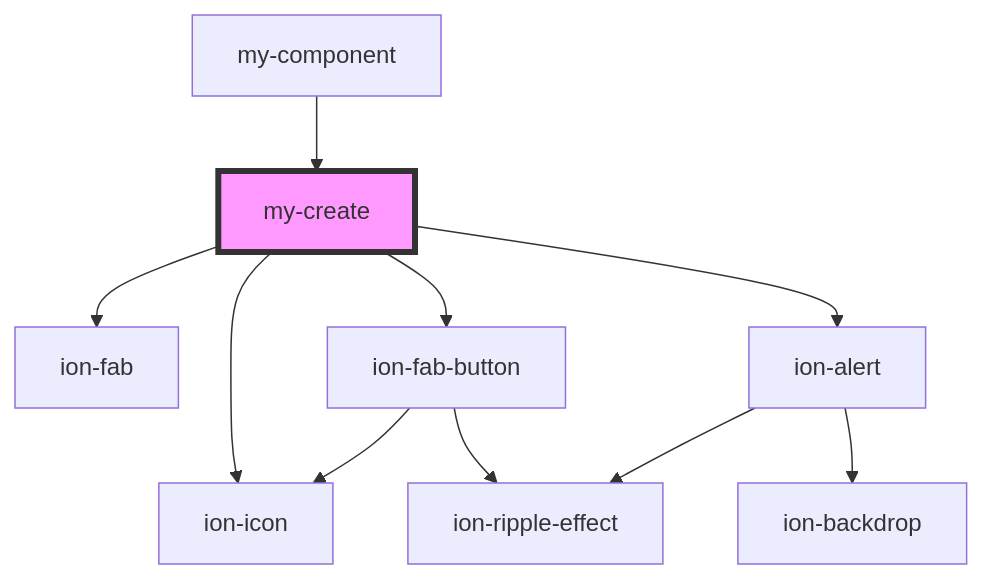
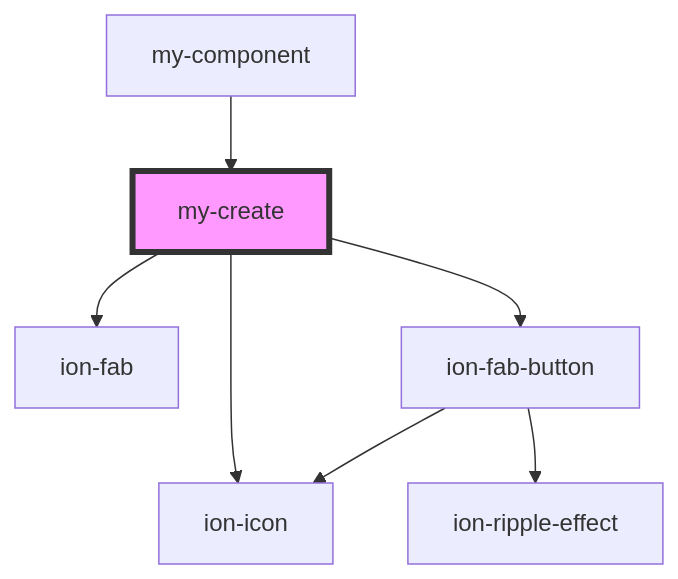
The diagram in module.web/src/components/my-create/readme.md (david-poindexter/DNN.IonicToDo), drawn with Mermaid before and after one commit. The commit also changed other lines of this file and 8 other files, not shown here.

````diff
--- a/module.web/src/components/my-create/readme.md
+++ b/module.web/src/components/my-create/readme.md
@@ -22,13 +21,10 @@
 ```mermaid
 graph TD;
   my-create --> ion-fab
   my-create --> ion-fab-button
   my-create --> ion-icon
-  my-create --> ion-alert
   ion-fab-button --> ion-icon
   ion-fab-button --> ion-ripple-effect
-  ion-alert --> ion-ripple-effect
-  ion-alert --> ion-backdrop
   my-component --> my-create
   style my-create fill:#f9f,stroke:#333,stroke-width:4px
 ```
````
